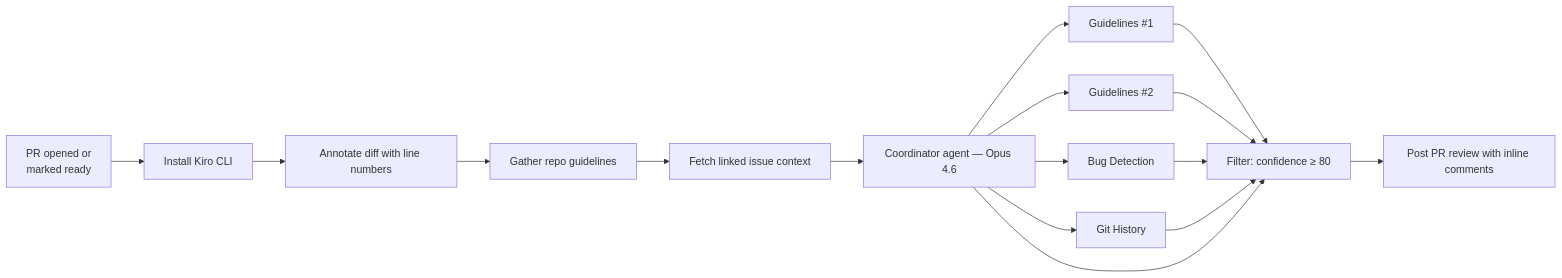
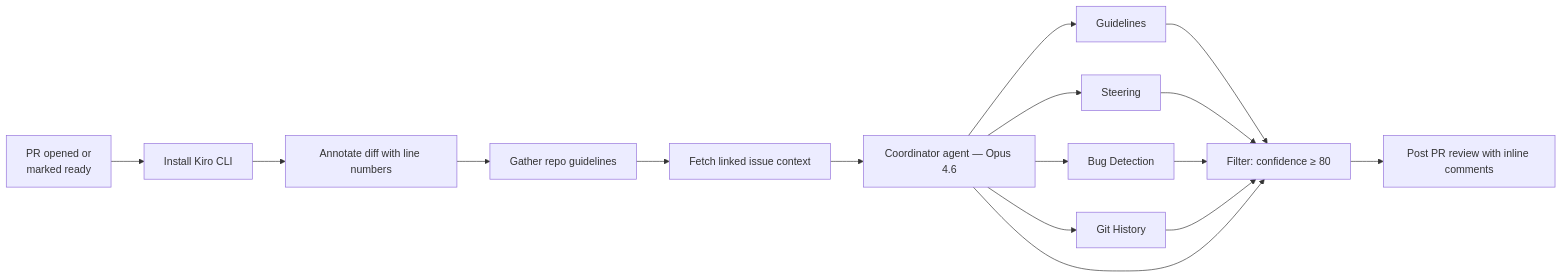
The diagram in README.md (kyleseaman/kiro-code-reviews), drawn with Mermaid before and after one commit. The commit also changed other lines of this file and 10 other files, not shown here.

````diff
--- a/README.md
+++ b/README.md
@@ -12,18 +12,18 @@
 ```mermaid
 flowchart LR
     A[PR opened or\nmarked ready] --> B[Install Kiro CLI]
     B --> C[Annotate diff with line numbers]
     C --> D[Gather repo guidelines]
     D --> E[Fetch linked issue context]
     E --> F[Coordinator agent — Opus 4.6]
-    F --> G[Guidelines #1]
-    F --> H[Guidelines #2]
+    F --> G[Guidelines]
+    F --> H[Steering]
     F --> I[Bug Detection]
     F --> J[Git History]
     G --> K[Filter: confidence ≥ 80]
     H --> K
     I --> K
     J --> K
     F --> K
     K --> L[Post PR review with inline comments]
 ```
````
